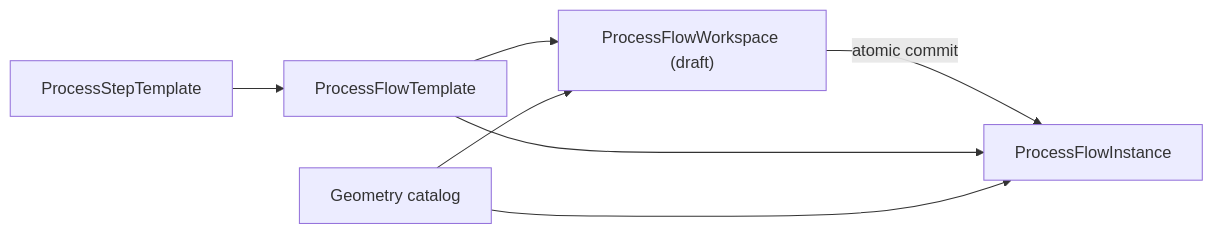
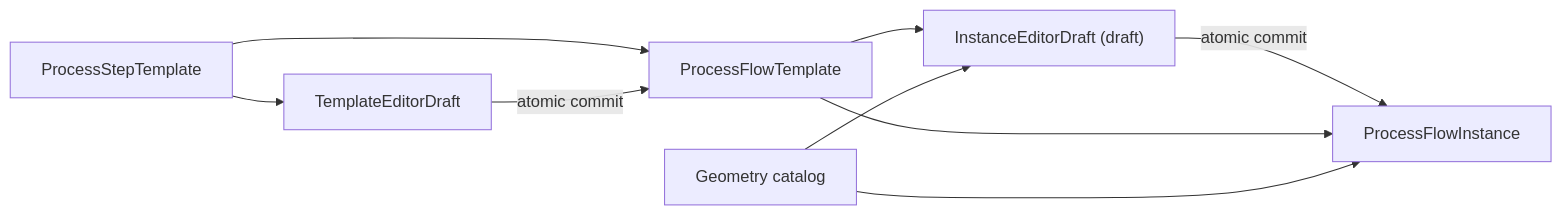
Before and after one commit to henry861010/process_flow_v2: the diagram in docs/concepts/product-model.md, drawn with Mermaid. The commit also changed other lines of this file and 57 other files, not shown here.

````diff
--- a/docs/concepts/product-model.md
+++ b/docs/concepts/product-model.md
@@ -39,9 +39,11 @@
 ```mermaid
 flowchart LR
   StepTemplate["ProcessStepTemplate"] --> FlowTemplate["ProcessFlowTemplate"]
-  FlowTemplate --> Workspace["ProcessFlowWorkspace (draft)"]
-  Geometry["Geometry catalog"] --> Workspace
-  Workspace -->|"atomic commit"| Instance["ProcessFlowInstance"]
+  StepTemplate --> TemplateDraft["TemplateEditorDraft"]
+  TemplateDraft -->|"atomic commit"| FlowTemplate
+  FlowTemplate --> InstanceDraft["InstanceEditorDraft (draft)"]
+  Geometry["Geometry catalog"] --> InstanceDraft
+  InstanceDraft -->|"atomic commit"| Instance["ProcessFlowInstance"]
   FlowTemplate --> Instance
   Geometry --> Instance
 ```
````
